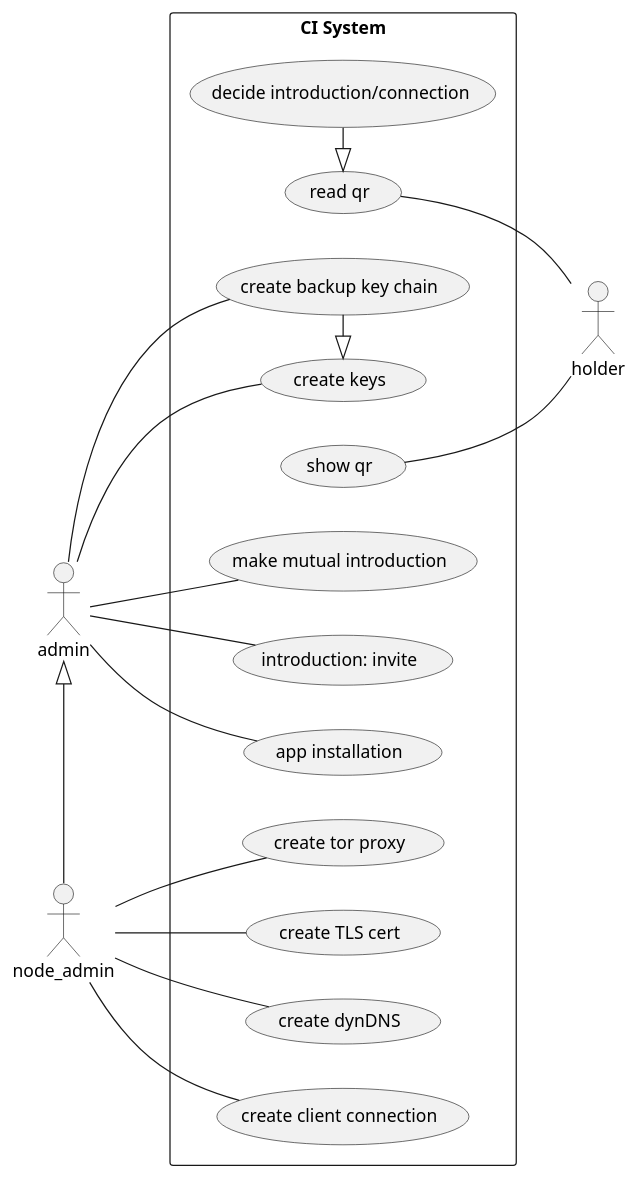
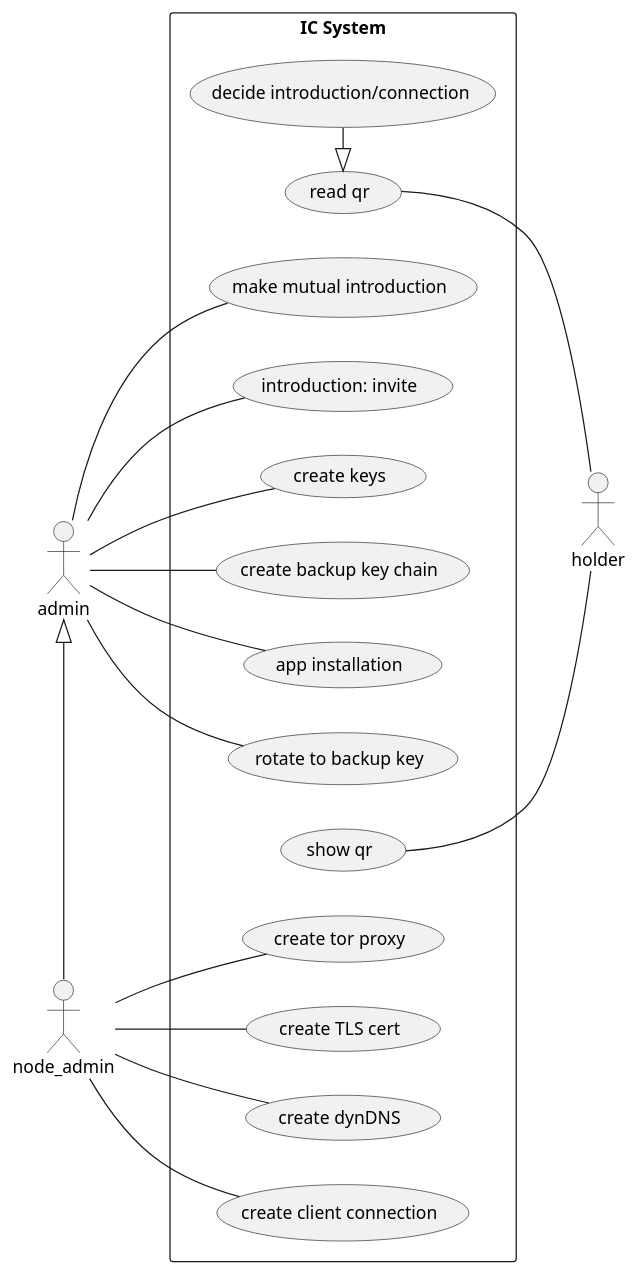
The first of 5 diagrams in README.md (lainio/ic), drawn with PlantUML before and after one commit. The commit also changed other lines of this file, not shown here.

Commit message:
lots of hypotethical speculation, just to make them persistent

````diff
--- a/README.md
+++ b/README.md
@@ -22,29 +186,30 @@
 ```plantuml
 @startuml
 left to right direction
 skinparam packageStyle rectangle
 
 actor holder
 actor admin
 actor node_admin
 
-rectangle "CI System" {
+rectangle "IC System" {
   (show qr) -- holder
   (read qr) <|- (decide introduction/connection)
   (read qr) -- holder
-  admin -- (make mutual introduction)
-  admin -- (introduction: invite)
-  admin -- (create keys)
-  (create keys) <|- (create backup key chain)
+  admin - (make mutual introduction)
+  admin - (introduction: invite)
+  admin - (create keys)
+  ' (create keys) <|-right- (create backup key chain)
   admin - (create backup key chain)
-  admin -- (app installation)
+  admin - (app installation)
+  admin - (rotate to backup key)
 
   node_admin -- (create tor proxy)
   node_admin -- (create TLS cert)
   node_admin -- (create dynDNS)
   node_admin -- (create client connection)
 }
 
 admin <|- node_admin
 @enduml
 ```
````
